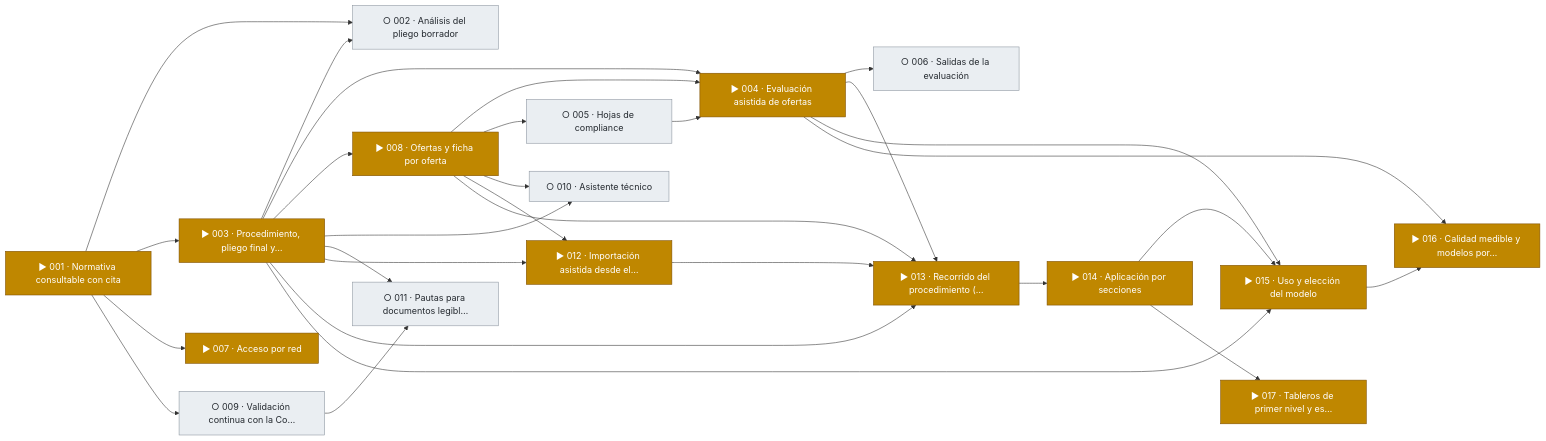
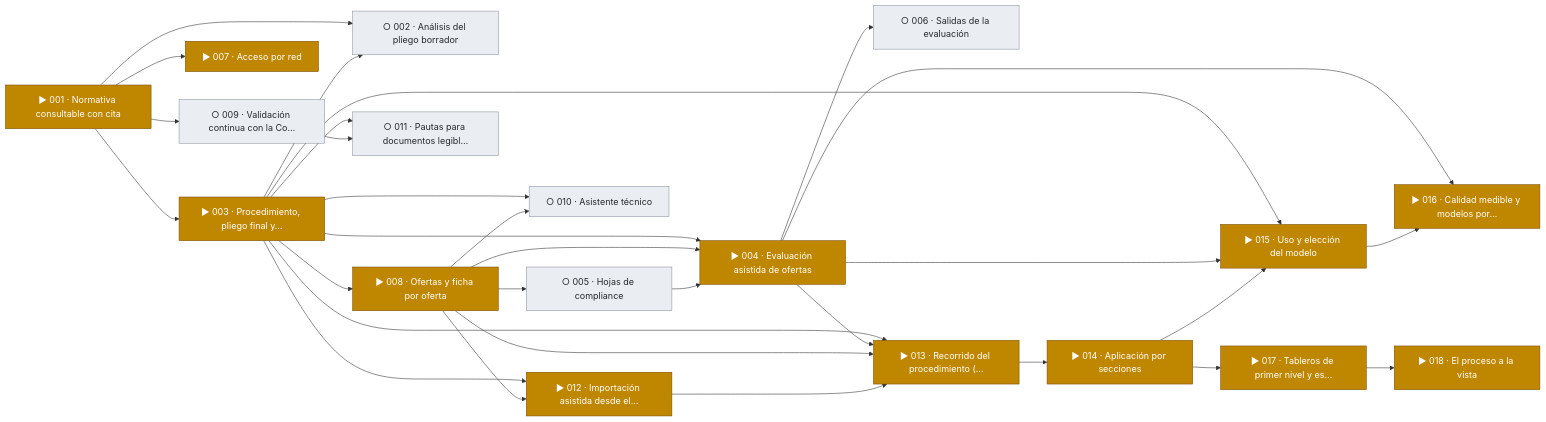
One commit to snavello/EVALUON changed the first of 24 diagrams in docs/tablero.md. Above: the diagram before and after it, drawn with Mermaid. The commit also changed other lines of this file and 3 other files, not shown here.

````diff
--- a/docs/tablero.md
+++ b/docs/tablero.md
@@ -9,53 +9,55 @@
 ```mermaid
 flowchart LR
   F001["▶ 001 · Normativa consultable con cita"]:::active
   F002["○ 002 · Análisis del pliego borrador"]:::todo
   F003["▶ 003 · Procedimiento, pliego final y…"]:::active
   F004["▶ 004 · Evaluación asistida de ofertas"]:::active
   F005["○ 005 · Hojas de compliance"]:::todo
   F006["○ 006 · Salidas de la evaluación"]:::todo
   F007["▶ 007 · Acceso por red"]:::active
   F008["▶ 008 · Ofertas y ficha por oferta"]:::active
   F009["○ 009 · Validación continua con la Co…"]:::todo
   F010["○ 010 · Asistente técnico"]:::todo
   F011["○ 011 · Pautas para documentos legibl…"]:::todo
   F012["▶ 012 · Importación asistida desde el…"]:::active
   F013["▶ 013 · Recorrido del procedimiento (…"]:::active
   F014["▶ 014 · Aplicación por secciones"]:::active
   F015["▶ 015 · Uso y elección del modelo"]:::active
   F016["▶ 016 · Calidad medible y modelos por…"]:::active
   F017["▶ 017 · Tableros de primer nivel y es…"]:::active
+  F018["▶ 018 · El proceso a la vista"]:::active
   F001 --> F002
   F003 --> F002
   F001 --> F003
   F003 --> F004
   F008 --> F004
   F005 --> F004
   F008 --> F005
   F004 --> F006
   F001 --> F007
   F003 --> F008
   F001 --> F009
   F003 --> F010
   F008 --> F010
   F003 --> F011
   F009 --> F011
   F003 --> F012
   F008 --> F012
   F003 --> F013
   F004 --> F013
   F008 --> F013
   F012 --> F013
   F013 --> F014
   F003 --> F015
   F004 --> F015
   F014 --> F015
   F004 --> F016
   F015 --> F016
   F014 --> F017
+  F017 --> F018
   classDef done fill:#1a7f37,stroke:#116329,color:#ffffff
   classDef review fill:#0969da,stroke:#0550ae,color:#ffffff
   classDef active fill:#bf8700,stroke:#7d4e00,color:#ffffff
   classDef blocked fill:#cf222e,stroke:#a40e26,color:#ffffff
   classDef todo fill:#eaeef2,stroke:#8c959f,color:#24292f
 ```
````
